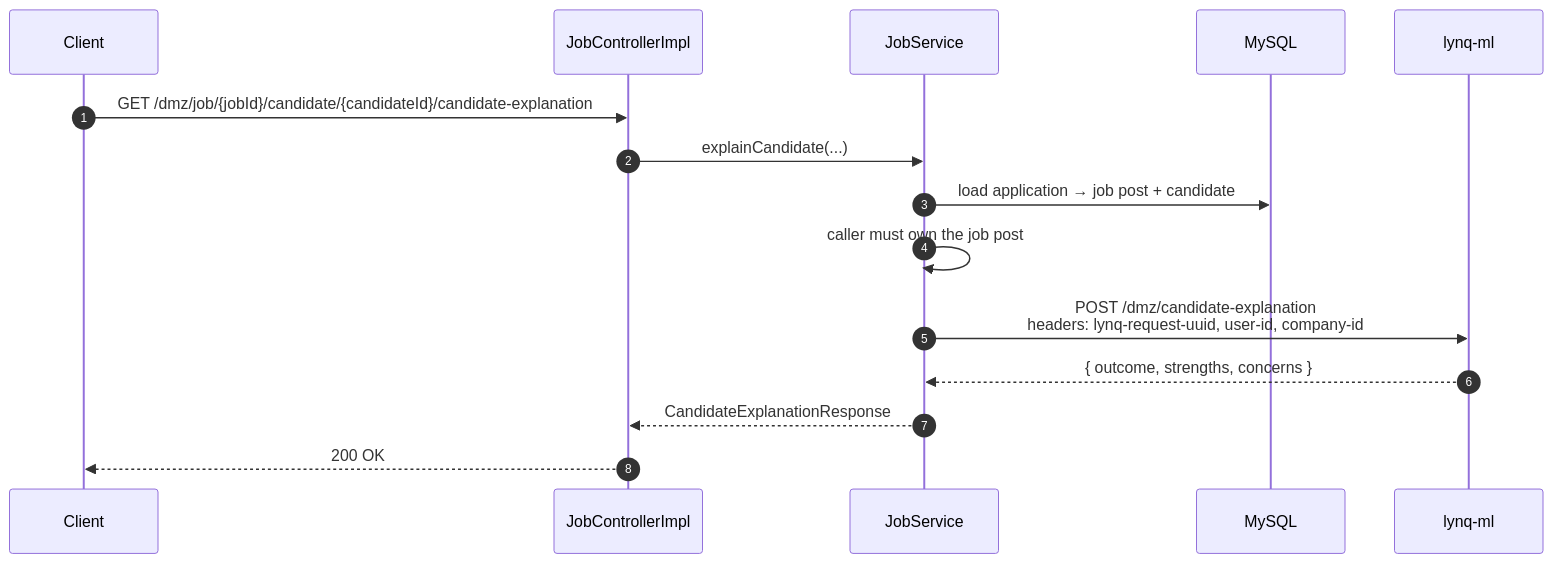
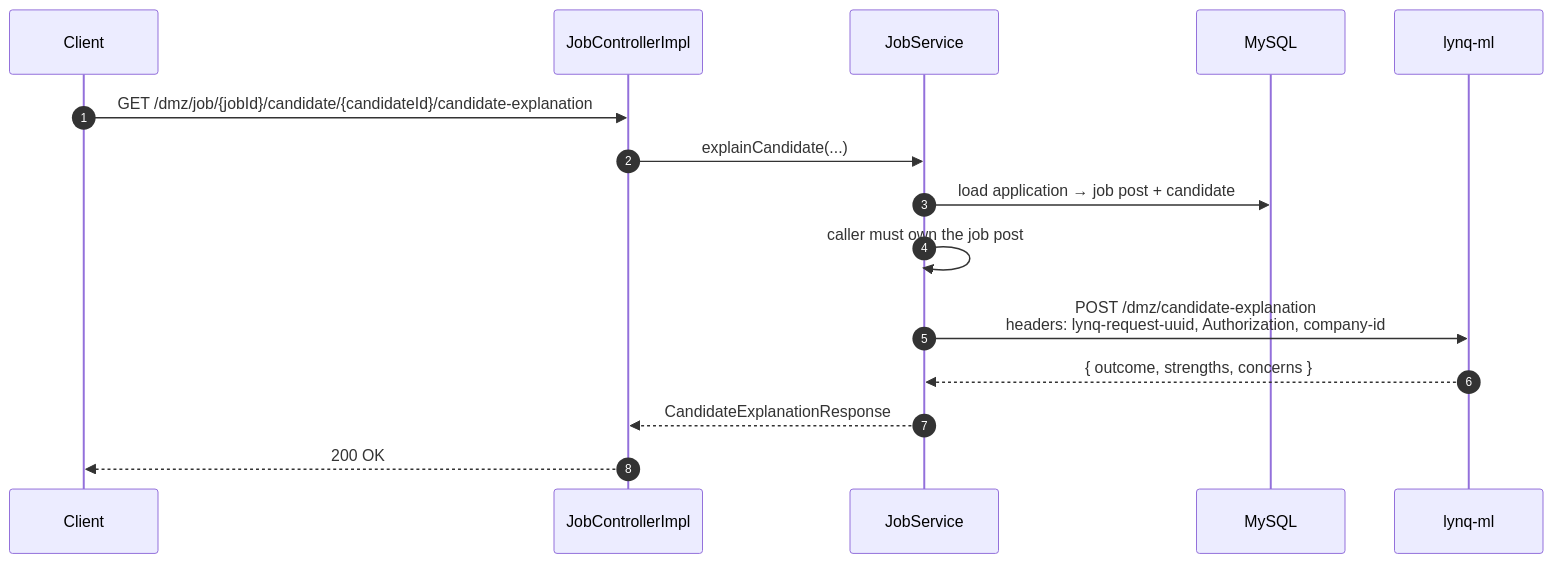
One commit to MatLock/UdeSA-lynq changed the third of 4 diagrams in lynq-app-backend/README.md. Above: the diagram before and after it, drawn with Mermaid. The commit also changed 128 other files, not shown here.

Commit message:
[lynq]: every service resolves its caller from the access token, not from a user-id header

````diff
--- a/lynq-app-backend/README.md
+++ b/lynq-app-backend/README.md
@@ -240,18 +240,18 @@
 ```mermaid
 sequenceDiagram
     autonumber
     participant C as Client
     participant Ctrl as JobControllerImpl
     participant Svc as JobService
     participant DB as MySQL
     participant ML as lynq-ml
 
     C->>Ctrl: GET /dmz/job/{jobId}/candidate/{candidateId}/candidate-explanation
     Ctrl->>Svc: explainCandidate(...)
     Svc->>DB: load application → job post + candidate
     Svc->>Svc: caller must own the job post
-    Svc->>ML: POST /dmz/candidate-explanation<br/>headers: lynq-request-uuid, user-id, company-id
+    Svc->>ML: POST /dmz/candidate-explanation<br/>headers: lynq-request-uuid, Authorization, company-id
     ML-->>Svc: { outcome, strengths, concerns }
     Svc-->>Ctrl: CandidateExplanationResponse
     Ctrl-->>C: 200 OK
 ```
````
